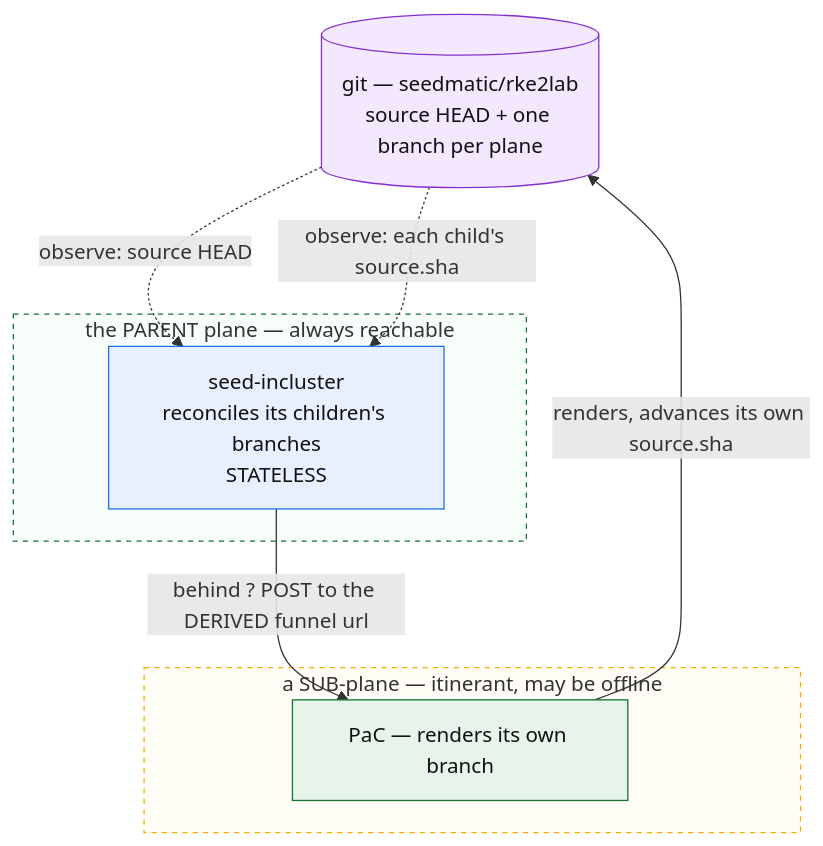
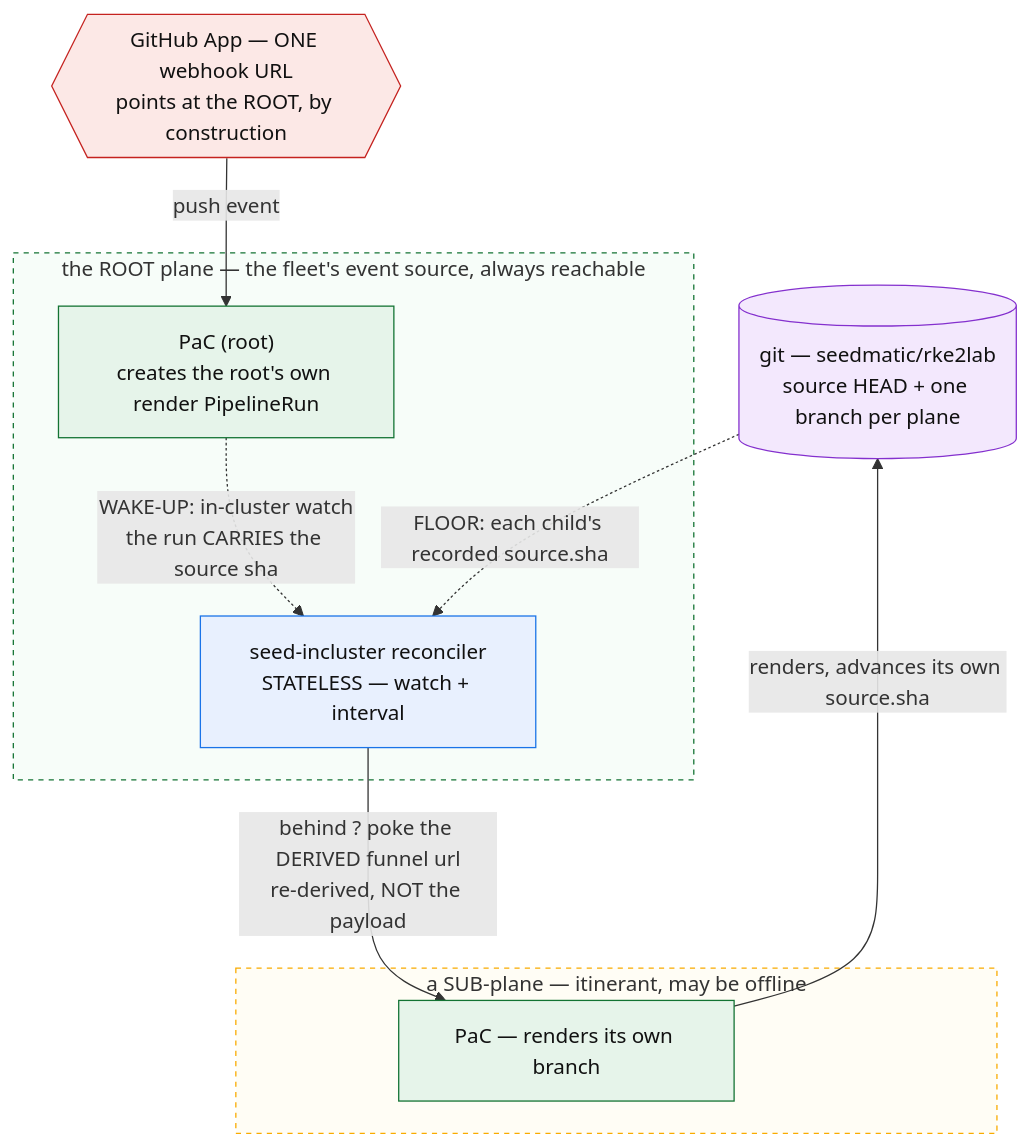
The fifth of 5 diagrams in docs/architecture/cluster-api/pac-in-cluster-render-spec.adoc (seedmatic/rke2lab), drawn with Mermaid before and after one commit. The commit also changed other lines of this file, not shown here.

```diff
--- a/docs/architecture/cluster-api/pac-in-cluster-render-spec.adoc
+++ b/docs/architecture/cluster-api/pac-in-cluster-render-spec.adoc
@@ -932,27 +965,32 @@
 [mermaid,pac-fleet-render-reconciler,svg]
 ----
 flowchart TB
   GH[("git — seedmatic/rke2lab<br/>source HEAD + one branch per plane")]
+  APP{{"GitHub App — ONE webhook URL<br/>points at the ROOT, by construction"}}
 
-  subgraph PARENT["the PARENT plane — always reachable"]
-    REC["seed-incluster<br/>reconciles its children's branches<br/>STATELESS"]
+  subgraph PARENT["the ROOT plane — the fleet's event source, always reachable"]
+    PACR["PaC (root)<br/>creates the root's own render PipelineRun"]
+    REC["seed-incluster reconciler<br/>STATELESS — watch + interval"]
   end
 
   subgraph SUB["a SUB-plane — itinerant, may be offline"]
     PACS["PaC — renders its own branch"]
   end
 
-  GH -.->|"observe: source HEAD"| REC
-  GH -.->|"observe: each child's source.sha"| REC
-  REC -->|"behind ? POST to the DERIVED funnel url"| PACS
+  APP -->|"push event"| PACR
+  PACR -.->|"WAKE-UP: in-cluster watch<br/>the run CARRIES the source sha"| REC
+  GH -.->|"FLOOR: each child's recorded source.sha"| REC
+  REC -->|"behind ? poke the DERIVED funnel url<br/>re-derived, NOT the payload"| PACS
   PACS -->|"renders, advances its own source.sha"| GH
 
   classDef ok fill:#e6f4ea,stroke:#137333,color:#111
   classDef rec fill:#e8f0fe,stroke:#1a73e8,color:#111
   classDef obs fill:#f3e8fd,stroke:#8430ce,color:#111
-  class PACS ok
+  classDef ext fill:#fce8e6,stroke:#c5221f,color:#111
+  class PACS,PACR ok
   class REC rec
   class GH obs
+  class APP ext
   style PARENT fill:#f7fdf9,stroke:#137333,stroke-dasharray:4
   style SUB fill:#fffdf5,stroke:#f9ab00,stroke-dasharray:4
 ----
```
